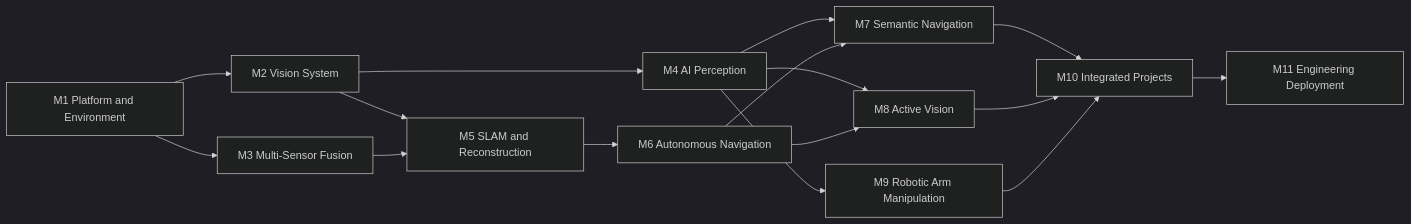
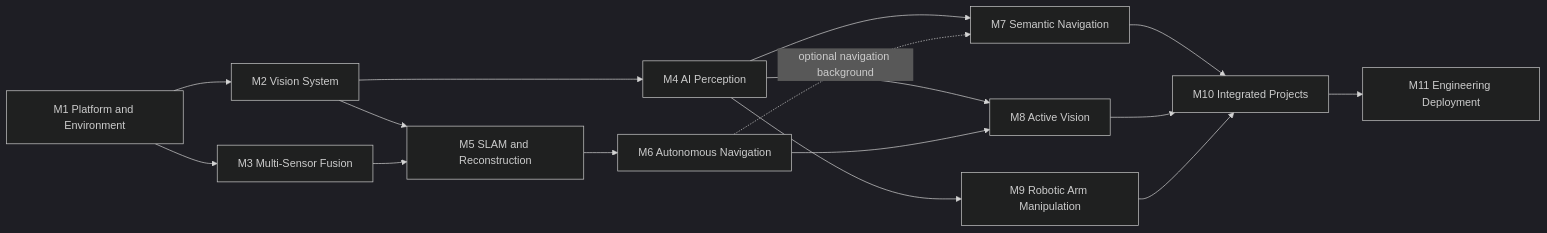
Before and after one commit to Seeed-Projects/mobile-robot-full-stack-course: the diagram in README.md, drawn with Mermaid (dark theme). The commit also changed other lines of this file and 258 other files, not shown here.

````diff
--- a/README.md
+++ b/README.md
@@ -45,30 +45,30 @@
 ```mermaid
 flowchart LR
     M1[M1 Platform and Environment]
     M2[M2 Vision System]
     M3[M3 Multi-Sensor Fusion]
     M4[M4 AI Perception]
     M5[M5 SLAM and Reconstruction]
     M6[M6 Autonomous Navigation]
     M7[M7 Semantic Navigation]
     M8[M8 Active Vision]
     M9[M9 Robotic Arm Manipulation]
     M10[M10 Integrated Projects]
     M11[M11 Engineering Deployment]
 
     M1 --> M2
     M1 --> M3
     M2 --> M4
     M2 --> M5
     M3 --> M5
     M5 --> M6
     M4 --> M7
-    M6 --> M7
+    M6 -. optional navigation background .-> M7
     M4 --> M8
     M6 --> M8
     M4 --> M9
     M7 --> M10
     M8 --> M10
     M9 --> M10
     M10 --> M11
 ```
````
